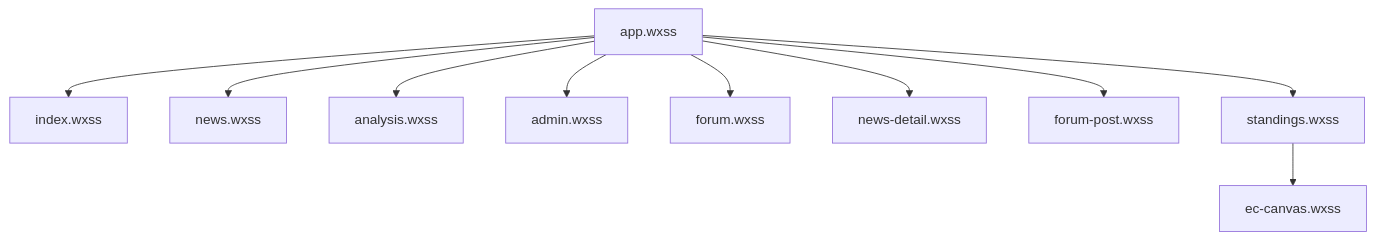
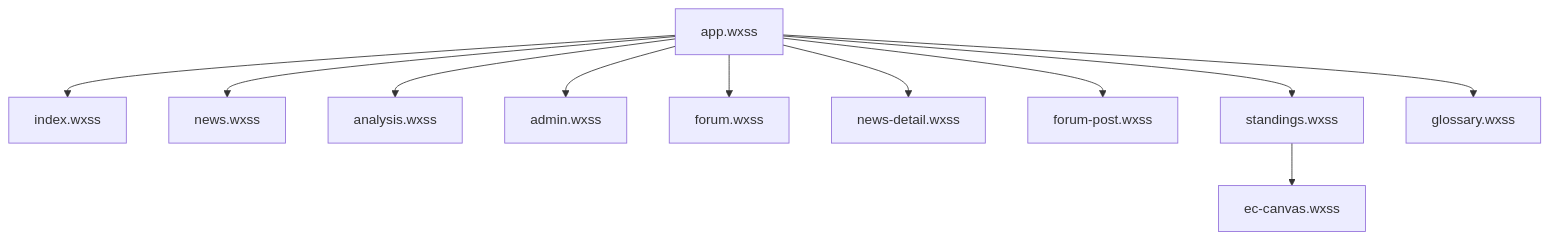
Before and after one commit to jianai0330/Fast-F1: diagram 13 of 13 in .qoder/repowiki/zh/content/微信小程序前端/样式管理与主题.md, drawn with Mermaid. The commit also changed other lines of this file and 22 other files, not shown here.

````diff
--- a/.qoder/repowiki/zh/content/微信小程序前端/样式管理与主题.md
+++ b/.qoder/repowiki/zh/content/微信小程序前端/样式管理与主题.md
@@ -458,12 +522,13 @@
 ```mermaid
 graph TB
 AppWXSS["app.wxss"] --> PageIndex["index.wxss"]
 AppWXSS --> PageNews["news.wxss"]
 AppWXSS --> PageAnalysis["analysis.wxss"]
 AppWXSS --> PageAdmin["admin.wxss"]
 AppWXSS --> PageForum["forum.wxss"]
 AppWXSS --> PageDetail["news-detail.wxss"]
 AppWXSS --> PagePost["forum-post.wxss"]
 AppWXSS --> PageStandings["standings.wxss"]
+AppWXSS --> PageGlossary["glossary.wxss"]
 PageStandings --> ECharts["ec-canvas.wxss"]
 ```
````
